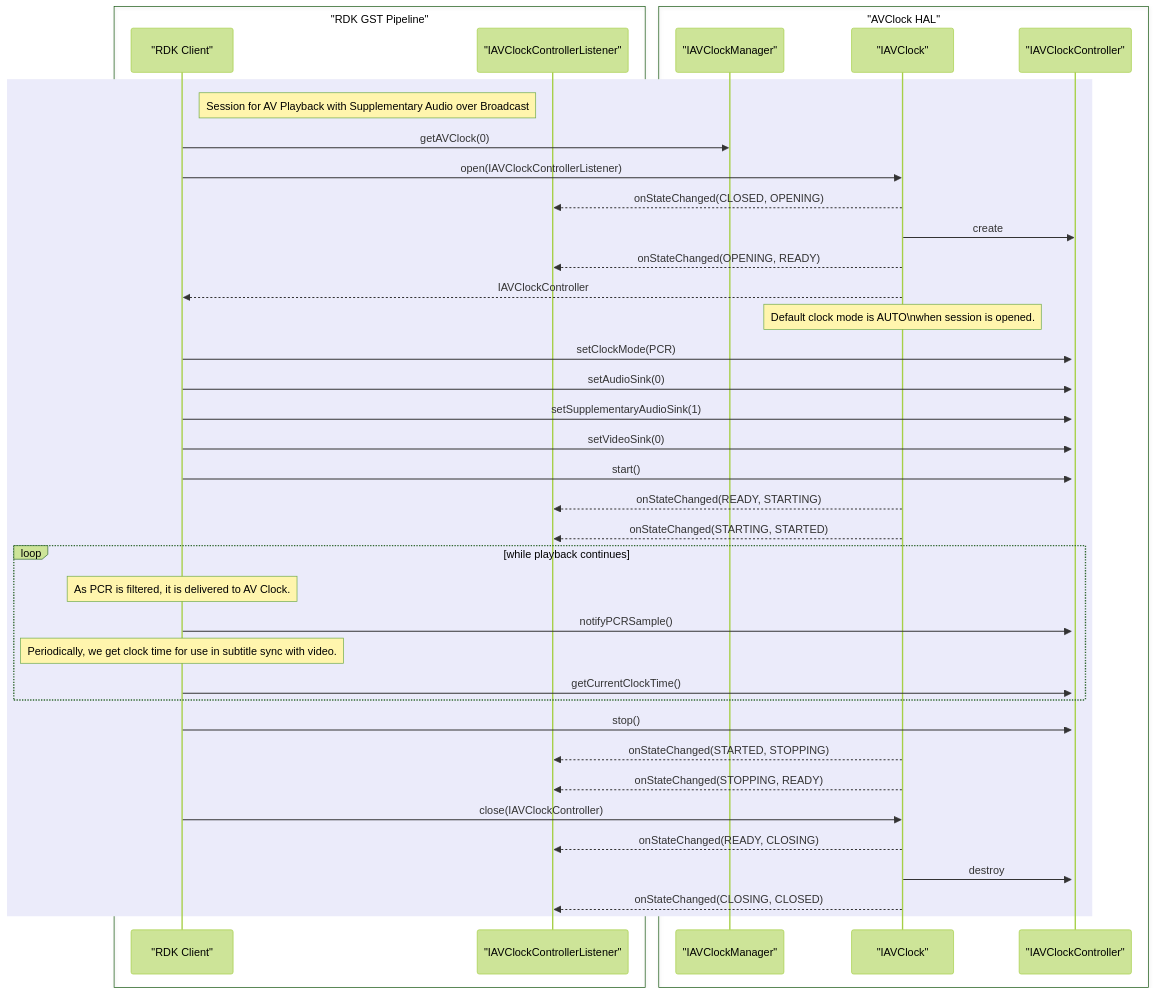
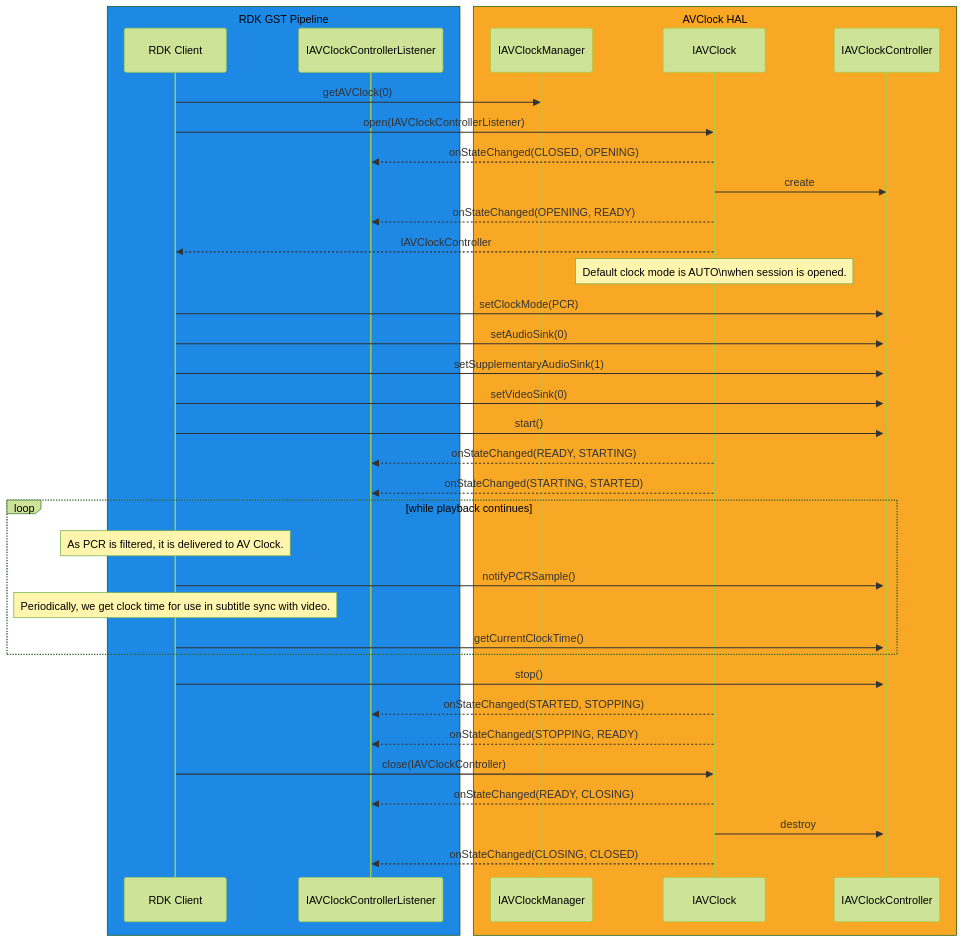
The seventh of 8 diagrams in docs/halif/av_clock/current/av_clock.md (rdkcentral/rdk-halif-aidl), drawn with Mermaid (forest theme) before and after one commit. The commit also changed other lines of this file and 27 other files, not shown here.

Commit message:
updated #19 audio, video, service manager, av, clock

````diff
--- a/docs/halif/av_clock/current/av_clock.md
+++ b/docs/halif/av_clock/current/av_clock.md
@@ -392,44 +497,41 @@
 ```mermaid
 sequenceDiagram
-    box "RDK GST Pipeline"
-      participant Client as "RDK Client"
-      participant Listener as "IAVClockControllerListener"
+    box rgb(30,136,229) RDK GST Pipeline
+      participant Client as RDK Client
+      participant Listener as IAVClockControllerListener
     end
-    box "AVClock HAL" #lightgreen
-      participant CLKMAN as "IAVClockManager"
-      participant CLK as "IAVClock"
-      participant CTRL as "IAVClockController"
+    box rgb(249,168,37) AVClock HAL
+      participant CLKMAN as IAVClockManager
+      participant CLK as IAVClock
+      participant CTRL as IAVClockController
     end
 
-    rect rgb(235, 235, 250)
-    note right of Client: Session for AV Playback with Supplementary Audio over Broadcast
-      Client->>CLKMAN: getAVClock(0)
-      Client->>CLK: open(IAVClockControllerListener)
-      CLK-->>Listener: onStateChanged(CLOSED, OPENING)
-      CLK->>CTRL: create
-      activate CTRL
-      CLK-->>Listener: onStateChanged(OPENING, READY)
-      CLK-->>Client: IAVClockController
-      note over CLK: Default clock mode is AUTO\nwhen session is opened.
-      Client->>CTRL: setClockMode(PCR)
-      Client->>CTRL: setAudioSink(0)
-      Client->>CTRL: setSupplementaryAudioSink(1)
-      Client->>CTRL: setVideoSink(0)
-      Client->>CTRL: start()
-      CLK-->>Listener: onStateChanged(READY, STARTING)
-      CLK-->>Listener: onStateChanged(STARTING, STARTED)
-      loop while playback continues
-        note over Client: As PCR is filtered, it is delivered to AV Clock.
-        Client->>CTRL: notifyPCRSample()
-        note over Client: Periodically, we get clock time for use in subtitle sync with video.
-        Client->>CTRL: getCurrentClockTime()
-      end
-      Client->>CTRL: stop()
-      CLK-->>Listener: onStateChanged(STARTED, STOPPING)
-      CLK-->>Listener: onStateChanged(STOPPING, READY)
-      Client->>CLK: close(IAVClockController)
-      CLK-->>Listener: onStateChanged(READY, CLOSING)
-      CLK->>CTRL: destroy
-      CLK-->>Listener: onStateChanged(CLOSING, CLOSED)
+    Client->>CLKMAN: getAVClock(0)
+    Client->>CLK: open(IAVClockControllerListener)
+    CLK-->>Listener: onStateChanged(CLOSED, OPENING)
+    CLK->>CTRL: create
+    activate CTRL
+    CLK-->>Listener: onStateChanged(OPENING, READY)
+    CLK-->>Client: IAVClockController
+    note over CLK: Default clock mode is AUTO\nwhen session is opened.
+    Client->>CTRL: setClockMode(PCR)
+    Client->>CTRL: setAudioSink(0)
+    Client->>CTRL: setSupplementaryAudioSink(1)
+    Client->>CTRL: setVideoSink(0)
+    Client->>CTRL: start()
+    CLK-->>Listener: onStateChanged(READY, STARTING)
+    CLK-->>Listener: onStateChanged(STARTING, STARTED)
+    loop while playback continues
+      note over Client: As PCR is filtered, it is delivered to AV Clock.
+      Client->>CTRL: notifyPCRSample()
+      note over Client: Periodically, we get clock time for use in subtitle sync with video.
+      Client->>CTRL: getCurrentClockTime()
     end
+    Client->>CTRL: stop()
+    CLK-->>Listener: onStateChanged(STARTED, STOPPING)
+    CLK-->>Listener: onStateChanged(STOPPING, READY)
+    Client->>CLK: close(IAVClockController)
+    CLK-->>Listener: onStateChanged(READY, CLOSING)
+    CLK->>CTRL: destroy
+    CLK-->>Listener: onStateChanged(CLOSING, CLOSED)
 ```
````
